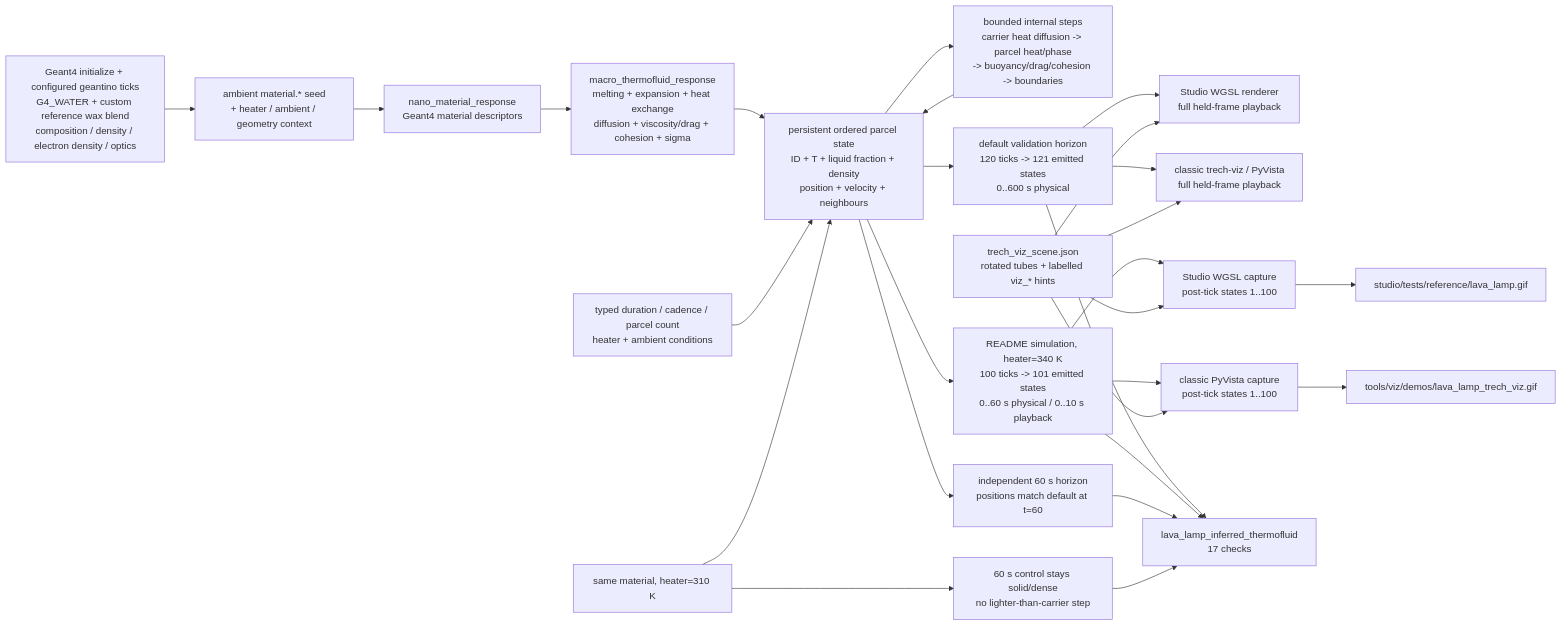
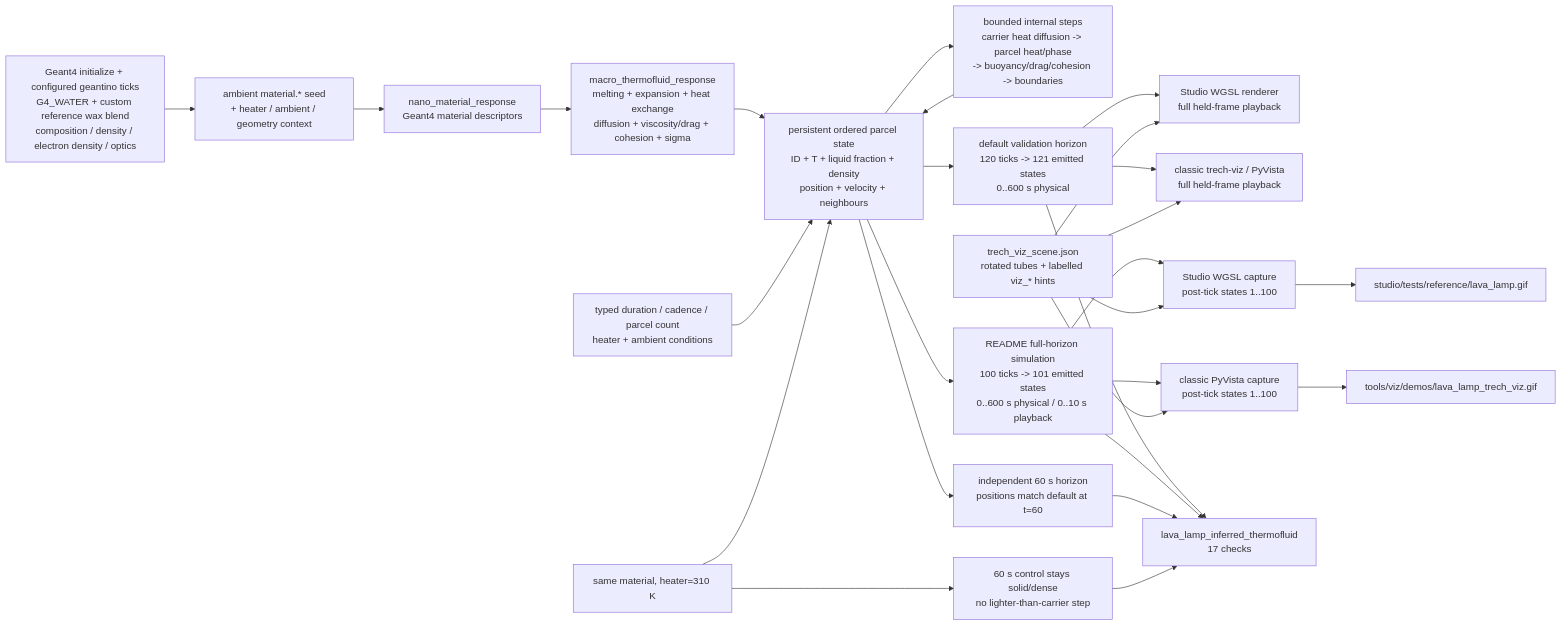
Before and after one commit to Geckos-Ink/trech: diagram 14 of 24 in CHARTS.md, drawn with Mermaid. The commit also changed 18 other files, not shown here.

````diff
--- a/CHARTS.md
+++ b/CHARTS.md
@@ -306,29 +306,29 @@
 ```mermaid
 flowchart LR
   G4["Geant4 initialize + configured geantino ticks\nG4_WATER + custom reference wax blend\ncomposition / density / electron density / optics"] --> SEED["ambient material.* seed\n+ heater / ambient / geometry context"]
   SEED --> NANO["nano_material_response\nGeant4 material descriptors"]
   NANO --> MACRO["macro_thermofluid_response\nmelting + expansion + heat exchange\ndiffusion + viscosity/drag + cohesion + sigma"]
   MACRO --> STATE["persistent ordered parcel state\nID + T + liquid fraction + density\nposition + velocity + neighbours"]
   PARAM["typed duration / cadence / parcel count\nheater + ambient conditions"] --> STATE
   STATE --> STEP["bounded internal steps\ncarrier heat diffusion -> parcel heat/phase\n-> buoyancy/drag/cohesion -> boundaries"]
   STEP --> STATE
   STATE --> DEFAULT["default validation horizon\n120 ticks -> 121 emitted states\n0..600 s physical"]
-  STATE --> README["README simulation, heater=340 K\n100 ticks -> 101 emitted states\n0..60 s physical / 0..10 s playback"]
+  STATE --> README["README full-horizon simulation\n100 ticks -> 101 emitted states\n0..600 s physical / 0..10 s playback"]
   STATE --> HORIZON["independent 60 s horizon\npositions match default at t=60"]
   CONTROL["same material, heater=310 K"] --> STATE
   CONTROL --> COOL["60 s control stays solid/dense\nno lighter-than-carrier step"]
   DEFAULT --> STUDIO["Studio WGSL renderer\nfull held-frame playback"]
   DEFAULT --> CLASSIC["classic trech-viz / PyVista\nfull held-frame playback"]
   README --> STUDIOGIF["Studio WGSL capture\npost-tick states 1..100"]
   README --> CLASSICGIF["classic PyVista capture\npost-tick states 1..100"]
   SCENE["trech_viz_scene.json\nrotated tubes + labelled viz_* hints"] --> STUDIO
   SCENE --> CLASSIC
   SCENE --> STUDIOGIF
   SCENE --> CLASSICGIF
   STUDIOGIF --> SGIF["studio/tests/reference/lava_lamp.gif"]
   CLASSICGIF --> CGIF["tools/viz/demos/lava_lamp_trech_viz.gif"]
   DEFAULT --> VAL["lava_lamp_inferred_thermofluid\n17 checks"]
   README --> VAL
   HORIZON --> VAL
   COOL --> VAL
 ```
````
